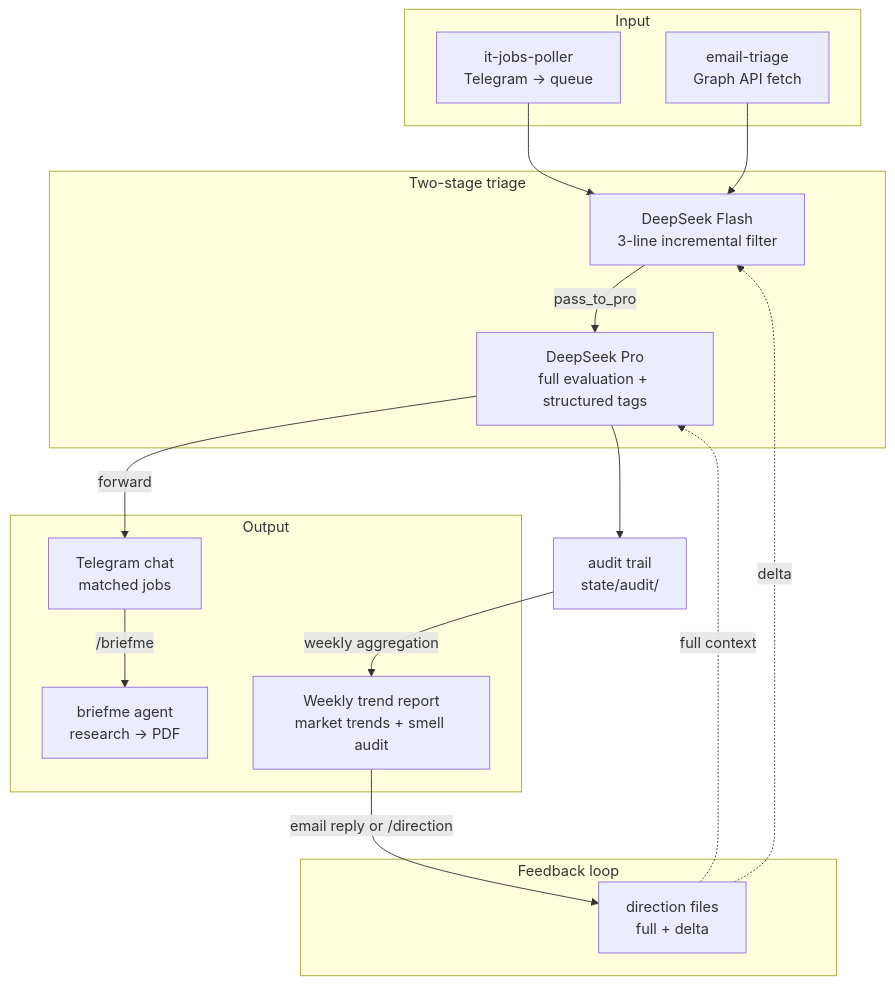
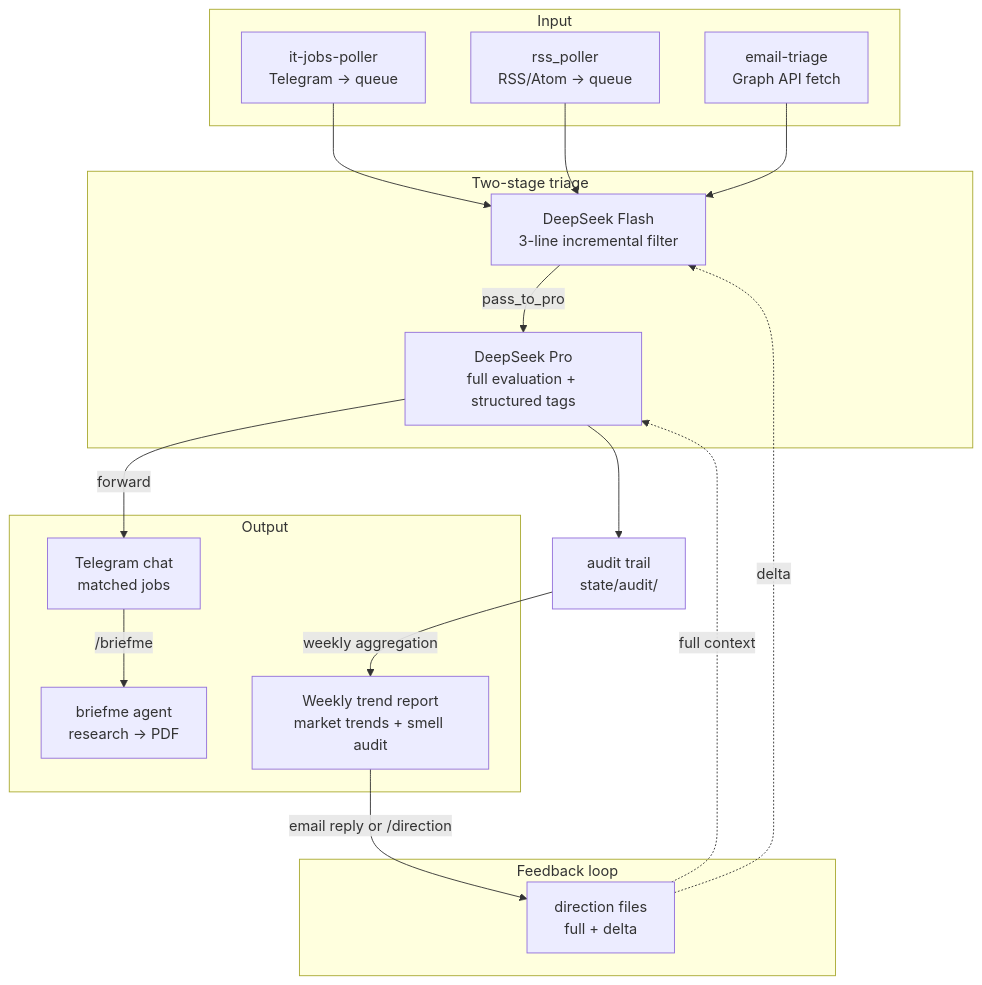
One commit to mknull/tg-infra changed the diagram in README.md. Above: the diagram before and after it, drawn with Mermaid. The commit also changed other lines of this file and 16 other files, not shown here.

Commit message:
Add RSS/Atom job ingestion with FOSSJobs preset

````diff
--- a/README.md
+++ b/README.md
@@ -9,35 +11,37 @@
 ```mermaid
 flowchart TB
   subgraph Input
     Poller[it-jobs-poller<br/>Telegram → queue]
+    RSS[rss_poller<br/>RSS/Atom → queue]
     Email[email-triage<br/>Graph API fetch]
   end
 
   subgraph Decision["Two-stage triage"]
     Flash[DeepSeek Flash<br/>3-line incremental filter]
     Pro[DeepSeek Pro<br/>full evaluation + structured tags]
   end
 
   subgraph Output
     Chat["Telegram chat<br/>matched jobs"]
     Brief["briefme agent<br/>research → PDF"]
     Weekly["Weekly trend report<br/>market trends + smell audit"]
   end
 
   subgraph Adaptation["Feedback loop"]
     Direction["direction files<br/>full + delta"]
   end
 
   Audit["audit trail<br/>state/audit/"]
 
   Poller --> Flash
+  RSS --> Flash
   Email --> Flash
   Flash -->|pass_to_pro| Pro
   Pro -->|"forward"| Chat
   Pro --> Audit
   Chat -->|" /briefme "| Brief
   Audit -->|"weekly aggregation"| Weekly
   Weekly -->|"email reply or /direction"| Direction
   Direction -.->|"delta"| Flash
   Direction -.->|"full context"| Pro
 ```
````
